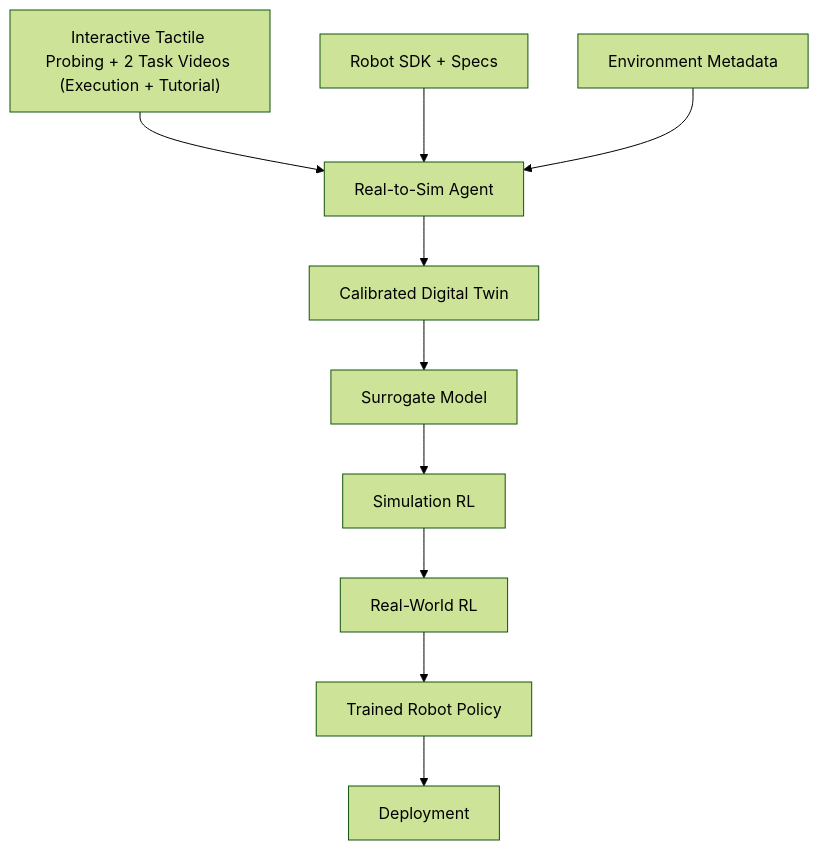
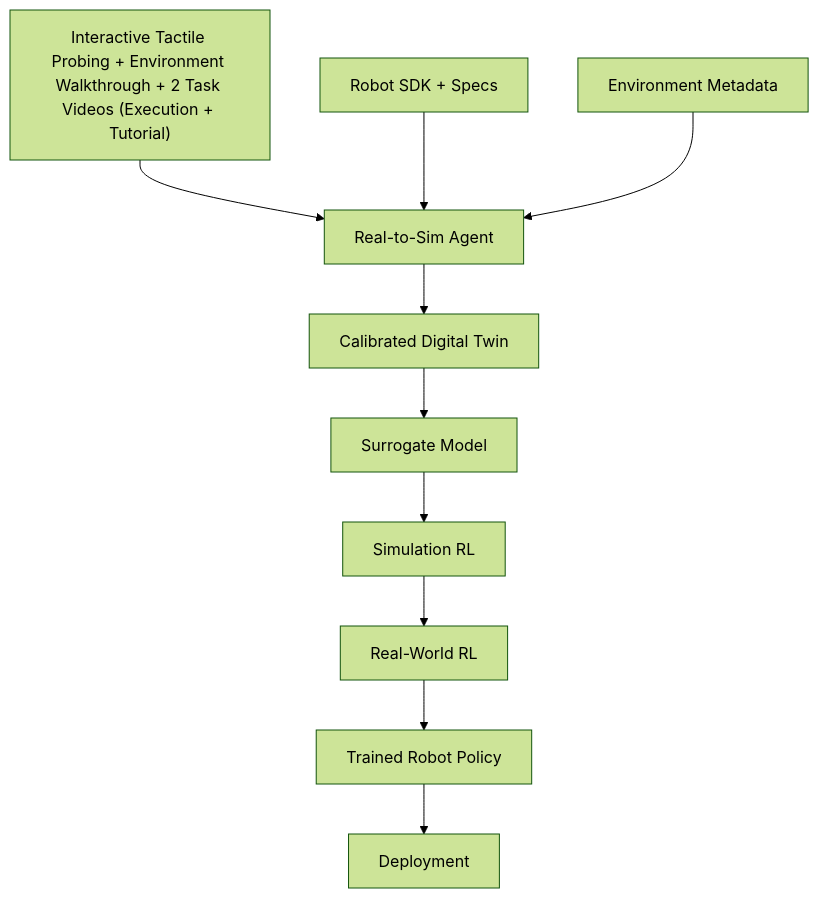
Before and after one commit to Freelunch-AI/freelunch-ide: the first of 11 diagrams in docs/specs/post-demo/lunch_robotics.md, drawn with Mermaid (forest theme). The commit also changed other lines of this file, not shown here.

````diff
--- a/docs/specs/post-demo/lunch_robotics.md
+++ b/docs/specs/post-demo/lunch_robotics.md
@@ -25,13 +28,13 @@
 ```mermaid
 flowchart TD
-    A["Interactive Tactile Probing + 2 Task Videos (Execution + Tutorial)"] --> D["Real-to-Sim Agent"]
+    A["Interactive Tactile Probing + Environment Walkthrough + 2 Task Videos (Execution + Tutorial)"] --> D["Real-to-Sim Agent"]
     B["Robot SDK + Specs"] --> D
     C["Environment Metadata"] --> D
 
     D --> E["Calibrated Digital Twin"]
     E --> F["Surrogate Model"]
     F --> G["Simulation RL"]
     G --> H["Real-World RL"]
     H --> I["Trained Robot Policy"]
     I --> J["Deployment"]
 ```
````
